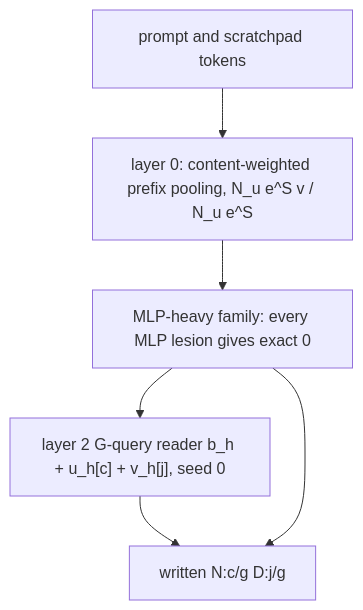
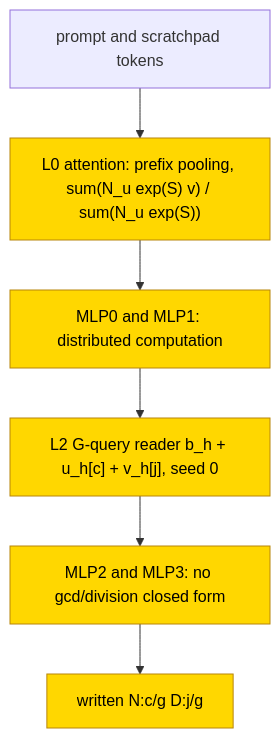
The second of 2 diagrams in entries/polynomial-integration.md (jc1122/mechanistic-interpretability-circuit-atlas), drawn with Mermaid before and after one commit. The commit also changed other lines of this file and 54 other files, not shown here.

````diff
--- a/entries/polynomial-integration.md
+++ b/entries/polynomial-integration.md
@@ -159,8 +182,10 @@
 ```mermaid
 flowchart TD
-    P["prompt and scratchpad tokens"] --> L0["layer 0: content-weighted prefix pooling, N_u e^S v / N_u e^S"]
-    L0 --> M["MLP-heavy family: every MLP lesion gives exact 0"]
-    M --> R["layer 2 G-query reader b_h + u_h[c] + v_h[j], seed 0"]
-    R --> Y["written N:c/g D:j/g"]
-    M --> Y
+    P["prompt and scratchpad tokens"] --> L0["L0 attention: prefix pooling, sum(N_u exp(S) v) / sum(N_u exp(S))"]
+    L0 --> M["MLP0 and MLP1: distributed computation"]
+    M --> R["L2 G-query reader b_h + u_h[c] + v_h[j], seed 0"]
+    R --> C["MLP2 and MLP3: no gcd/division closed form"]
+    C --> Y["written N:c/g D:j/g"]
+    classDef trained fill:gold,stroke:darkgoldenrod,color:black
+    class L0,M,R,C,Y trained
 ```
````
